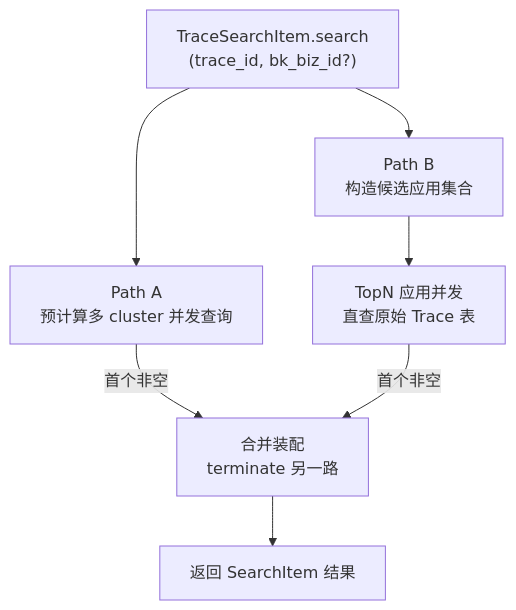
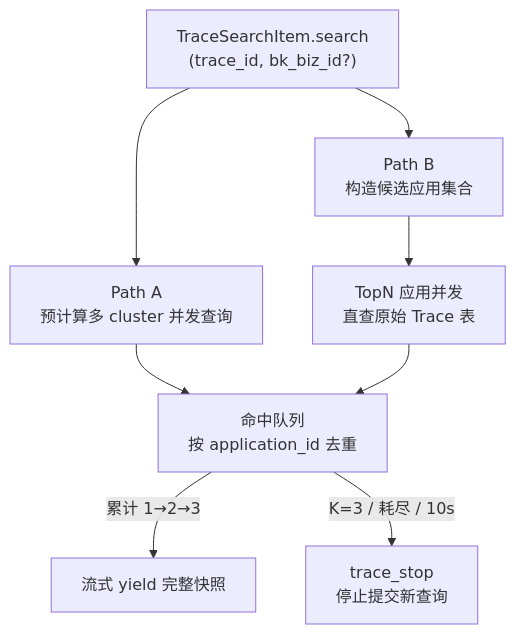
The first of 2 diagrams in knowledge/bkmonitor/issues/2026-05-02-overview-trace-id-low-latency-search/PLAN.md (ZhuoZhuoCrayon/ai-workspace), drawn with Mermaid before and after one commit. The commit also changed other lines of this file and 3 other files, not shown here.

Commit message:
docs(knowledge): tighten streaming trace search timeout design

````diff
--- a/knowledge/bkmonitor/issues/2026-05-02-overview-trace-id-low-latency-search/PLAN.md
+++ b/knowledge/bkmonitor/issues/2026-05-02-overview-trace-id-low-latency-search/PLAN.md
@@ -49,9 +51,10 @@
 ```mermaid
 flowchart TD
     Q["TraceSearchItem.search<br/>(trace_id, bk_biz_id?)"] --> P["Path A<br/>预计算多 cluster 并发查询"]
     Q --> R["Path B<br/>构造候选应用集合"]
     R --> S["TopN 应用并发<br/>直查原始 Trace 表"]
-    P -- "首个非空" --> M["合并装配<br/>terminate 另一路"]
-    S -- "首个非空" --> M
-    M --> O["返回 SearchItem 结果"]
+    P --> M["命中队列<br/>按 application_id 去重"]
+    S --> M
+    M -- "累计 1→2→3" --> O["流式 yield 完整快照"]
+    M -- "K=3 / 耗尽 / 10s" --> X["trace_stop<br/>停止提交新查询"]
 ```
````
